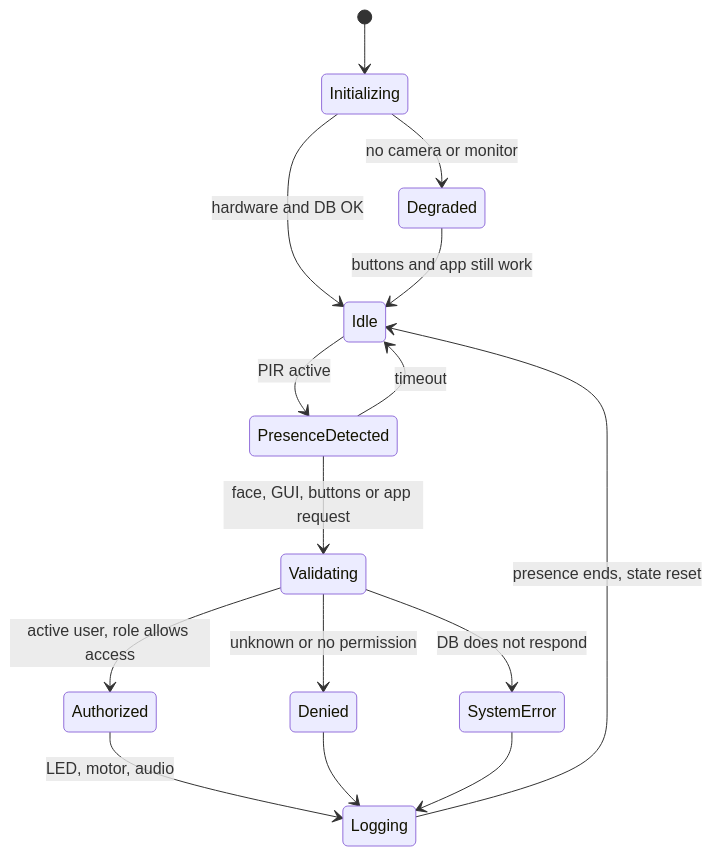
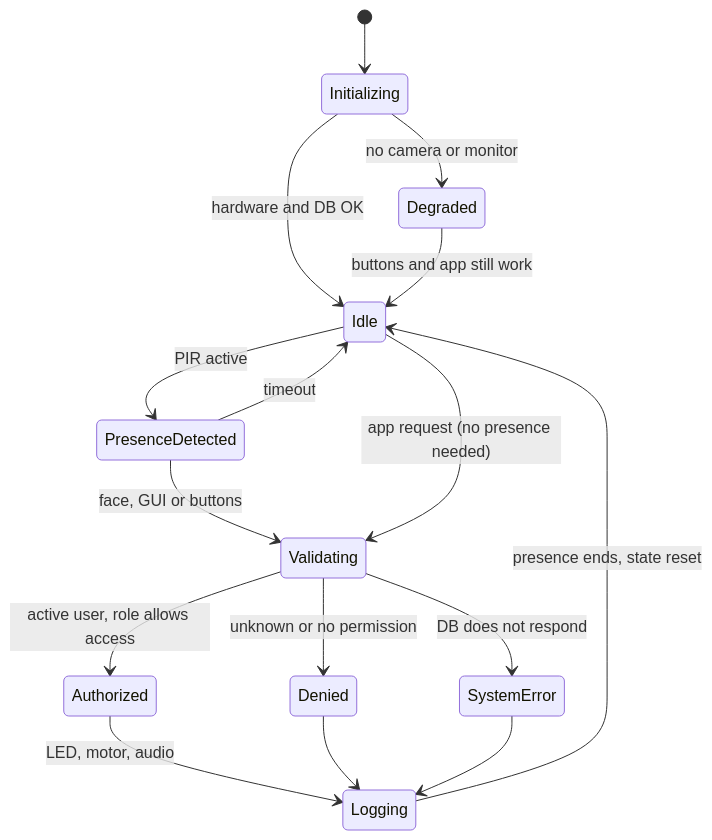
The first of 2 diagrams in docs/states.md (MrGodie/ControlAccesoRPI), drawn with Mermaid before and after one commit. The commit also changed other lines of this file and 8 other files, not shown here.

Commit message:
docs: FR-16 no longer requires PIR presence in the mobile app (PIC-115)

````diff
--- a/docs/states.md
+++ b/docs/states.md
@@ -1,20 +1,21 @@
 ```mermaid
 stateDiagram-v2
     [*] --> Initializing
     Initializing --> Idle: hardware and DB OK
     Initializing --> Degraded: no camera or monitor
     Degraded --> Idle: buttons and app still work
 
     Idle --> PresenceDetected: PIR active
     PresenceDetected --> Idle: timeout
-    PresenceDetected --> Validating: face, GUI, buttons or app request
+    PresenceDetected --> Validating: face, GUI or buttons
+    Idle --> Validating: app request (no presence needed)
 
     Validating --> Authorized: active user, role allows access
     Validating --> Denied: unknown or no permission
     Validating --> SystemError: DB does not respond
 
     Authorized --> Logging: LED, motor, audio
     Denied --> Logging
     SystemError --> Logging
     Logging --> Idle: presence ends, state reset
 ```
````
